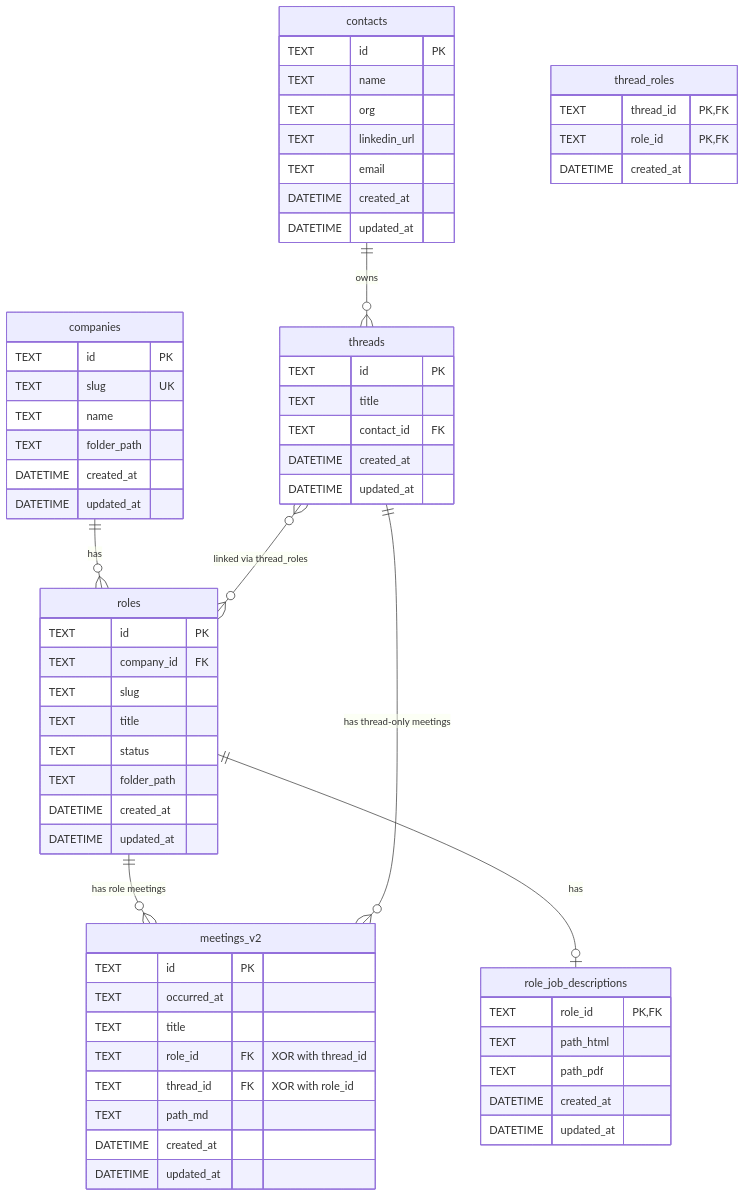
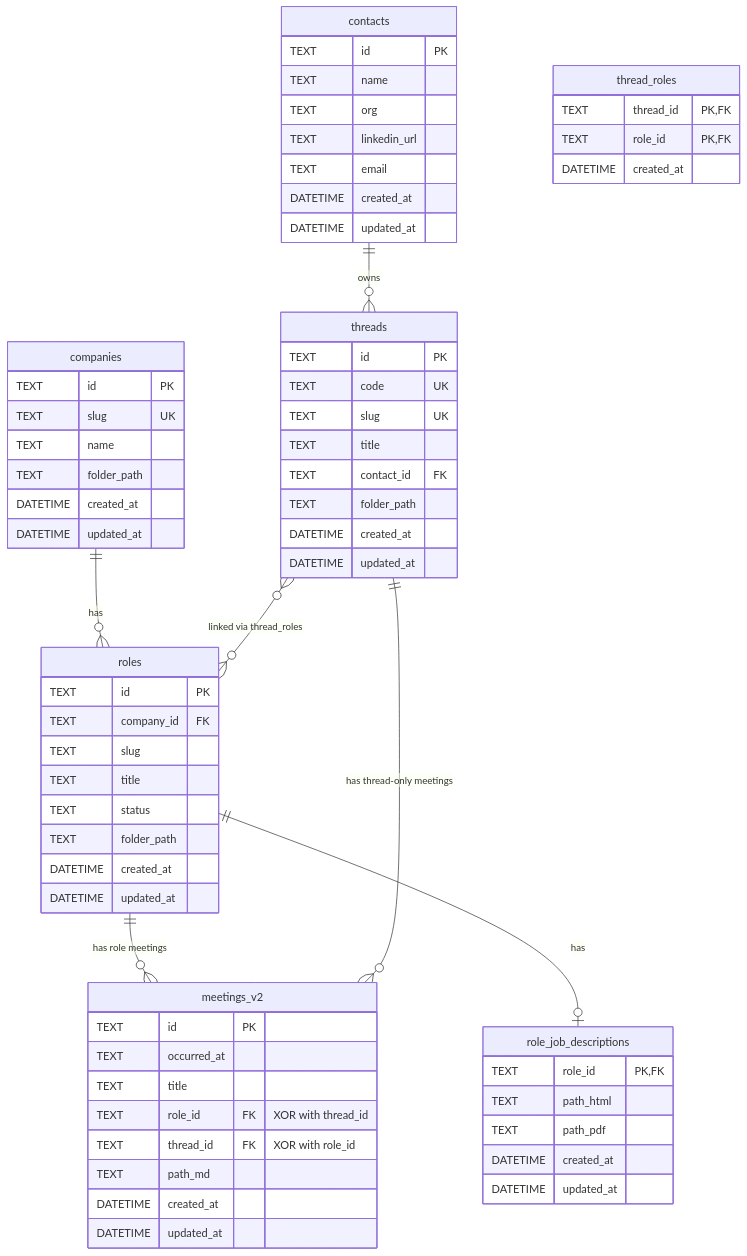
The diagram in ARCHITECTURE.md (samasri/job-tracker), drawn with Mermaid before and after one commit. The commit also changed other lines of this file and 23 other files, not shown here.

First line of the commit message:
refactor(threads): use slug+code folder names

````diff
--- a/ARCHITECTURE.md
+++ b/ARCHITECTURE.md
@@ -211,72 +235,75 @@
 ```mermaid
 erDiagram
     companies {
         TEXT id PK
         TEXT slug UK
         TEXT name
         TEXT folder_path
         DATETIME created_at
         DATETIME updated_at
     }
 
     roles {
         TEXT id PK
         TEXT company_id FK
         TEXT slug
         TEXT title
         TEXT status
         TEXT folder_path
         DATETIME created_at
         DATETIME updated_at
     }
 
     role_job_descriptions {
         TEXT role_id PK,FK
         TEXT path_html
         TEXT path_pdf
         DATETIME created_at
         DATETIME updated_at
     }
 
     contacts {
         TEXT id PK
         TEXT name
         TEXT org
         TEXT linkedin_url
         TEXT email
         DATETIME created_at
         DATETIME updated_at
     }
 
     threads {
         TEXT id PK
+        TEXT code UK
+        TEXT slug UK
         TEXT title
         TEXT contact_id FK
+        TEXT folder_path
         DATETIME created_at
         DATETIME updated_at
     }
 
     meetings_v2 {
         TEXT id PK
         TEXT occurred_at
         TEXT title
         TEXT role_id FK "XOR with thread_id"
         TEXT thread_id FK "XOR with role_id"
         TEXT path_md
         DATETIME created_at
         DATETIME updated_at
     }
 
     thread_roles {
         TEXT thread_id PK,FK
         TEXT role_id PK,FK
         DATETIME created_at
     }
 
     companies ||--o{ roles : "has"
     roles ||--o| role_job_descriptions : "has"
     contacts ||--o{ threads : "owns"
     roles ||--o{ meetings_v2 : "has role meetings"
     threads ||--o{ meetings_v2 : "has thread-only meetings"
     threads }o--o{ roles : "linked via thread_roles"
 ```
````
